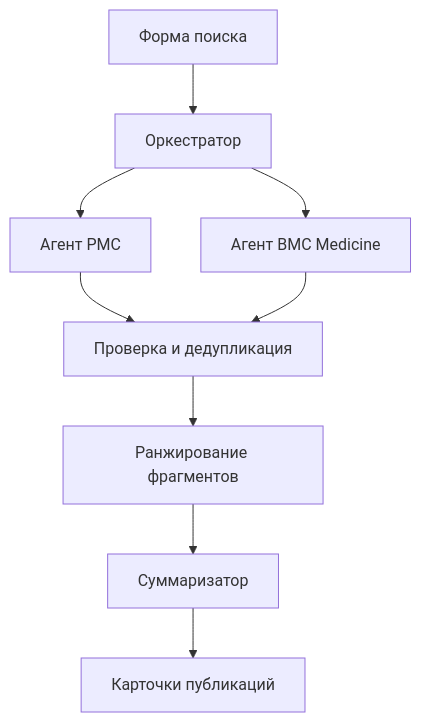
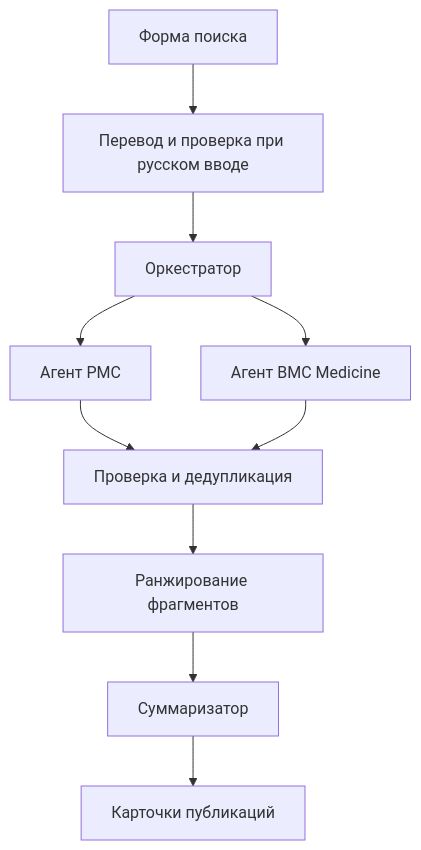
One commit to TheAlexGlow/PIMIIM_rag_from_2_sources changed the diagram in README.md. Above: the diagram before and after it, drawn with Mermaid. The commit also changed other lines of this file and 10 other files, not shown here.

````diff
--- a/README.md
+++ b/README.md
@@ -45,11 +55,12 @@
 ```mermaid
 flowchart TD
-    A["Форма поиска"] --> B["Оркестратор"]
+    A["Форма поиска"] --> T["Перевод и проверка при русском вводе"]
+    T --> B["Оркестратор"]
     B --> C["Агент PMC"]
     B --> D["Агент BMC Medicine"]
     C --> E["Проверка и дедупликация"]
     D --> E
     E --> F["Ранжирование фрагментов"]
     F --> G["Суммаризатор"]
     G --> H["Карточки публикаций"]
 ```
````
